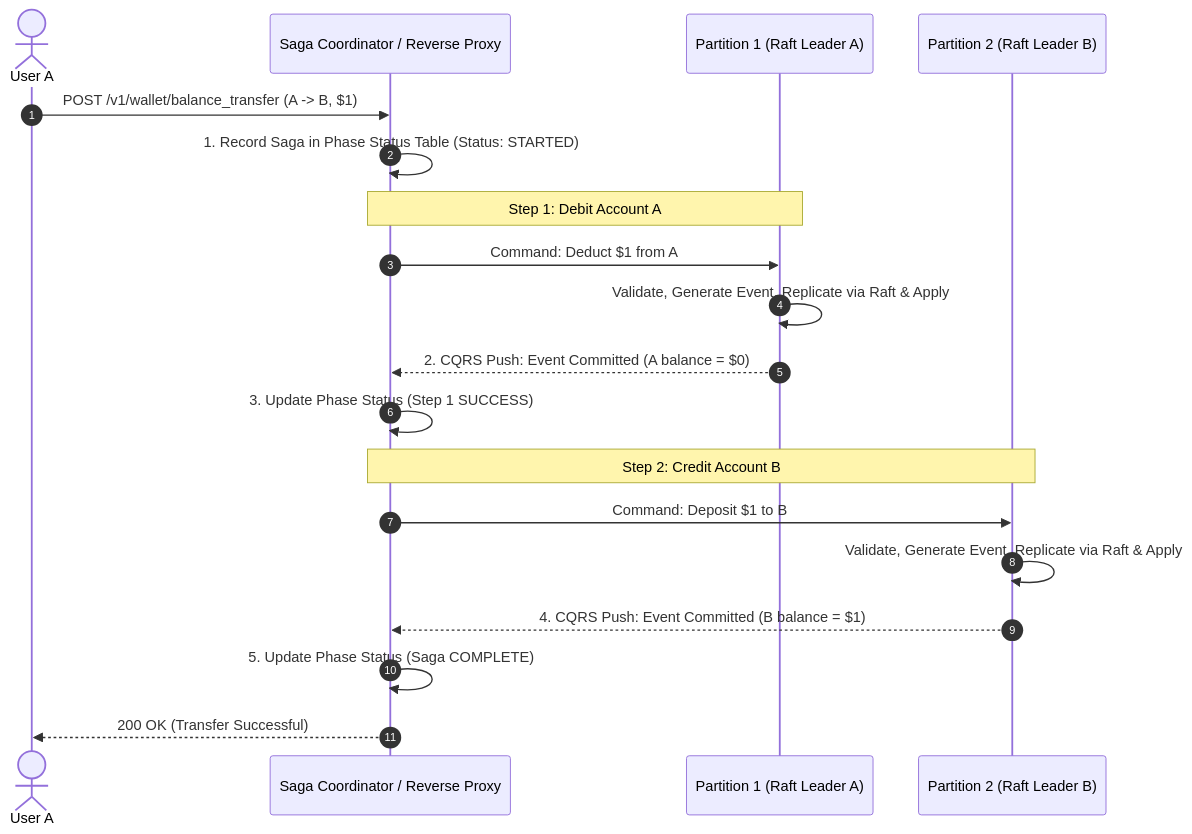
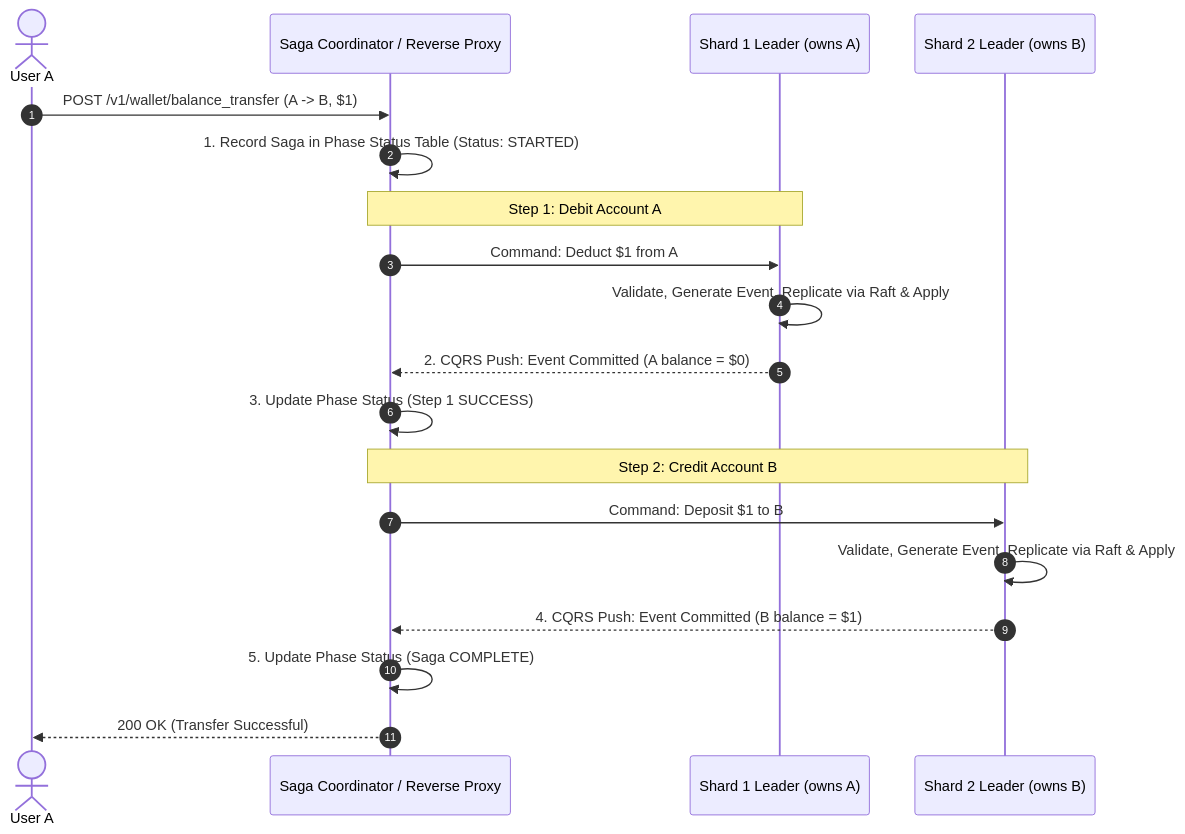
Before and after one commit to gurkanindibay/azure_learning: the ninth of 11 diagrams in system-design-cases/bytebytego/28-digital-wallet.md, drawn with Mermaid. The commit also changed other lines of this file and 8 other files, not shown here.

Commit message:
feat: refine digital wallet storage model, add Raft sharding diagrams and balance check read path

````diff
--- a/system-design-cases/bytebytego/28-digital-wallet.md
+++ b/system-design-cases/bytebytego/28-digital-wallet.md
@@ -240,25 +264,25 @@
 ```mermaid
 sequenceDiagram
     autonumber
     actor User as User A
     participant COORD as Saga Coordinator / Reverse Proxy
-    participant P1 as Partition 1 (Raft Leader A)
-    participant P2 as Partition 2 (Raft Leader B)
+    participant P1 as Shard 1 Leader (owns A)
+    participant P2 as Shard 2 Leader (owns B)
 
     User->>COORD: POST /v1/wallet/balance_transfer (A -> B, $1)
     COORD->>COORD: 1. Record Saga in Phase Status Table (Status: STARTED)
     
     Note over COORD,P1: Step 1: Debit Account A
     COORD->>P1: Command: Deduct $1 from A
     P1->>P1: Validate, Generate Event, Replicate via Raft & Apply
     P1-->>COORD: 2. CQRS Push: Event Committed (A balance = $0)
     COORD->>COORD: 3. Update Phase Status (Step 1 SUCCESS)
 
     Note over COORD,P2: Step 2: Credit Account B
     COORD->>P2: Command: Deposit $1 to B
     P2->>P2: Validate, Generate Event, Replicate via Raft & Apply
     P2-->>COORD: 4. CQRS Push: Event Committed (B balance = $1)
     COORD->>COORD: 5. Update Phase Status (Saga COMPLETE)
     
     COORD-->>User: 200 OK (Transfer Successful)
 ```
````
